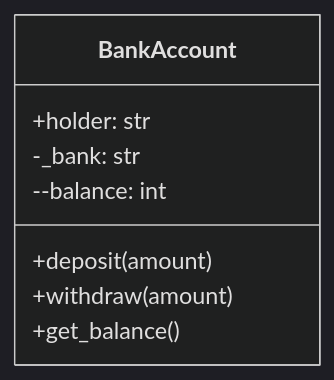
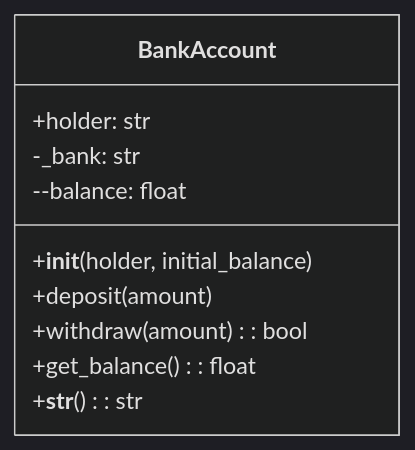
The first of 3 diagrams in README.md (Lagmouchyoussef/Python-Practical-Works), drawn with Mermaid (dark theme) before and after one commit. The commit also changed other lines of this file, not shown here.

````diff
--- a/README.md
+++ b/README.md
@@ -280,11 +482,13 @@
 ```mermaid
 classDiagram
     class BankAccount {
         +holder: str
         -_bank: str
-        --balance: int
+        --balance: float
+        +__init__(holder, initial_balance)
         +deposit(amount)
-        +withdraw(amount)
-        +get_balance()
+        +withdraw(amount): bool
+        +get_balance(): float
+        +__str__(): str
     }
 ```
````
